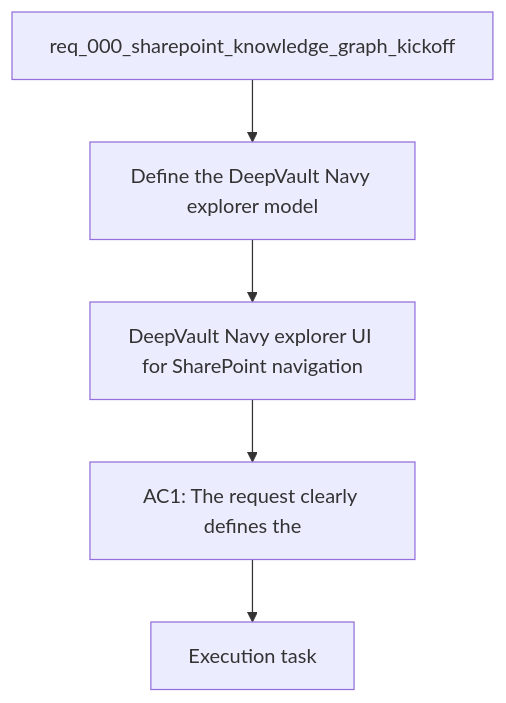
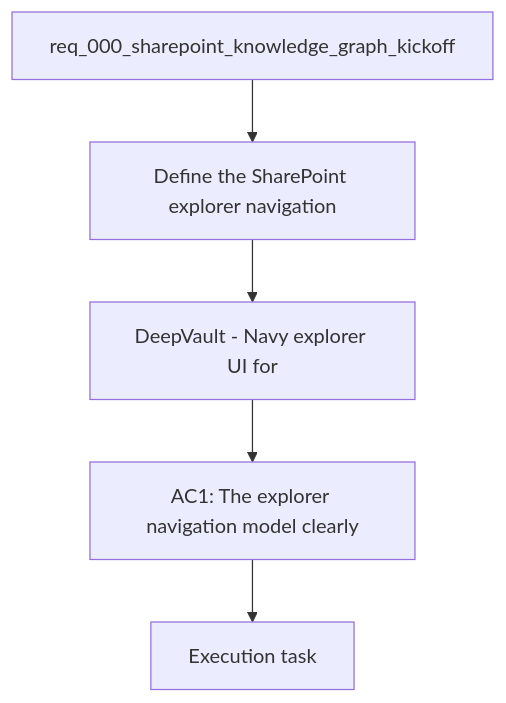
One commit to AlexAgo83/deepvault changed the diagram in logics/backlog/item_003_explorer_ui_for_sharepoint_navigation.md. Above: the diagram before and after it, drawn with Mermaid. The commit also changed other lines of this file and 28 other files, not shown here.

Commit message:
Align DeepVault docs and UI workflow guardrails

````diff
--- a/logics/backlog/item_003_explorer_ui_for_sharepoint_navigation.md
+++ b/logics/backlog/item_003_explorer_ui_for_sharepoint_navigation.md
@@ -22,9 +22,9 @@
 ```mermaid
 %% logics-kind: backlog
 %% logics-signature: backlog|deepvault-navy-explorer-ui-for-sharepoin|req-000-sharepoint-knowledge-graph-kicko|define-the-sharepoint-explorer-navigatio|ac1-the-explorer-navigation-model-clearl
 flowchart TD
-    Request[req_000_sharepoint_knowledge_graph_kickoff] --> Problem[Define the DeepVault Navy explorer model]
-    Problem --> Scope[DeepVault Navy explorer UI for SharePoint navigation]
-    Scope --> Acceptance[AC1: The request clearly defines the]
+    Request[req_000_sharepoint_knowledge_graph_kickoff] --> Problem[Define the SharePoint explorer navigation]
+    Problem --> Scope[DeepVault - Navy explorer UI for]
+    Scope --> Acceptance[AC1: The explorer navigation model clearly]
     Acceptance --> Tasks[Execution task]
 ```
````
